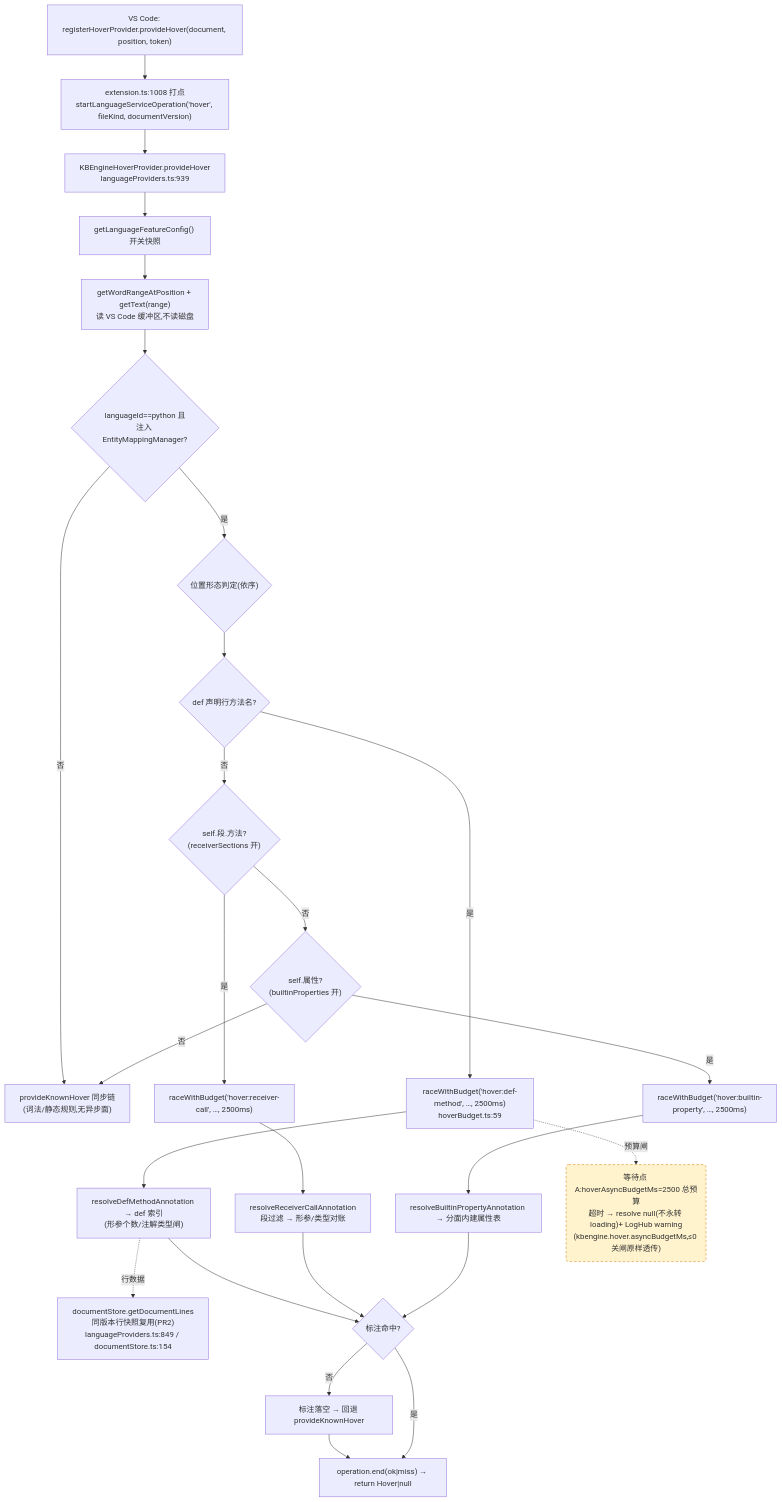
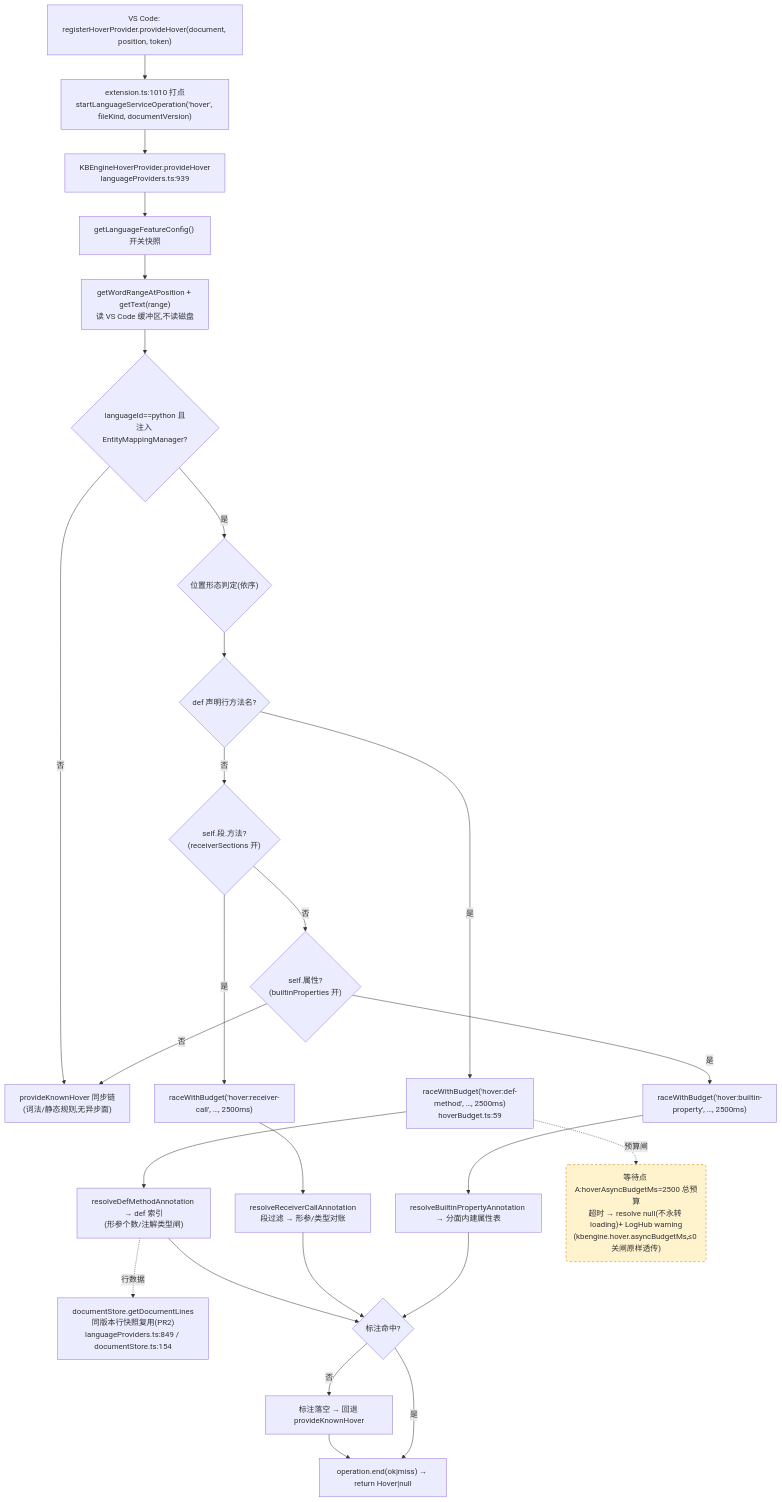
The first of 4 diagrams in docs/perf/2026-baseline.md (cuihairu/kode), drawn with Mermaid before and after one commit. The commit also changed other lines of this file and 1 other file, not shown here.

Commit message:
fix(KODE-AUD-001): recalibrate perf callchain doc anchors after extension line shifts

````diff
--- a/docs/perf/2026-baseline.md
+++ b/docs/perf/2026-baseline.md
@@ -82,45 +82,45 @@
 ```mermaid
 flowchart TD
   VC1["VS Code: registerHoverProvider.provideHover(document, position, token)"]
-  M1["extension.ts:1008 打点<br/>startLanguageServiceOperation('hover', fileKind, documentVersion)"]
+  M1["extension.ts:1010 打点<br/>startLanguageServiceOperation('hover', fileKind, documentVersion)"]
   HP["KBEngineHoverProvider.provideHover<br/>languageProviders.ts:939"]
   CFG["getLanguageFeatureConfig() 开关快照"]
   WORD["getWordRangeAtPosition + getText(range)<br/>读 VS Code 缓冲区,不读磁盘"]
   BR{"languageId==python 且<br/>注入 EntityMappingManager?"}
   KN["provideKnownHover 同步链<br/>(词法/静态规则,无异步面)"]
   POS{"位置形态判定(依序)"}
   D1{"def 声明行方法名?"}
   D2{"self.段.方法?<br/>(receiverSections 开)"}
   D3{"self.属性?<br/>(builtinProperties 开)"}
   RA1["raceWithBudget('hover:def-method', …, 2500ms)<br/>hoverBudget.ts:59"]
   RA2["raceWithBudget('hover:receiver-call', …, 2500ms)"]
   RA3["raceWithBudget('hover:builtin-property', …, 2500ms)"]
   RS1["resolveDefMethodAnnotation → def 索引<br/>(形参个数/注解类型闸)"]
   RS2["resolveReceiverCallAnnotation<br/>段过滤 → 形参/类型对账"]
   RS3["resolveBuiltinPropertyAnnotation → 分面内建属性表"]
   LINES["documentStore.getDocumentLines<br/>同版本行快照复用(PR2)<br/>languageProviders.ts:849 / documentStore.ts:154"]
   MISS["标注落空 → 回退 provideKnownHover"]
   END1["operation.end(ok|miss) → return Hover|null"]
 
   VC1 --> M1 --> HP --> CFG --> WORD --> BR
   BR -- "否" --> KN
   BR -- "是" --> POS --> D1
   D1 -- "是" --> RA1 --> RS1
   D1 -- "否" --> D2
   D2 -- "是" --> RA2 --> RS2
   D2 -- "否" --> D3
   D3 -- "是" --> RA3 --> RS3
   D3 -- "否" --> KN
   RS1 --> HIT{"标注命中?"}
   RS2 --> HIT
   RS3 --> HIT
   RS1 -.->|行数据| LINES
   HIT -- "否" --> MISS --> END1
   HIT -- "是" --> END1
 
   WAITA("等待点 A:hoverAsyncBudgetMs=2500 总预算<br/>超时 → resolve null(不永转 loading)+ LogHub warning<br/>(kbengine.hover.asyncBudgetMs,≤0 关闸原样透传)")
   RA1 -.->|预算闸| WAITA
 
   classDef waitPoint fill:#fff3cd,stroke:#d97706,stroke-dasharray:5 4;
   class WAITA waitPoint;
 ```
````
